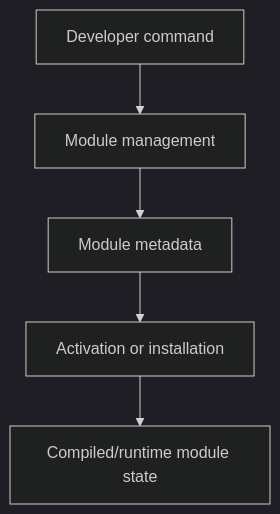
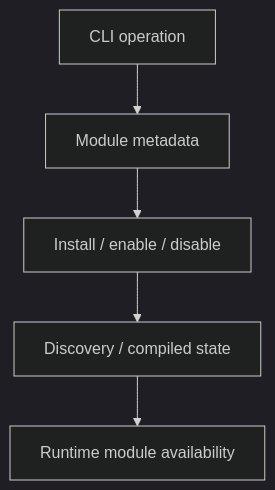
The third of 4 diagrams in documentation/handbook/19-cli-and-developer-tooling.md (shuklasp/spp), drawn with Mermaid (dark theme) before and after one commit. The commit also changed other lines of this file, not shown here.

Commit message:
docs: clarify CLI versus service architecture

````diff
--- a/documentation/handbook/19-cli-and-developer-tooling.md
+++ b/documentation/handbook/19-cli-and-developer-tooling.md
@@ -131,7 +89,7 @@
 ```mermaid
 flowchart TD
-    A[Developer command] --> B[Module management]
-    B --> C[Module metadata]
-    C --> D[Activation or installation]
-    D --> E[Compiled/runtime module state]
+    A[CLI operation] --> B[Module metadata]
+    B --> C[Install / enable / disable]
+    C --> D[Discovery / compiled state]
+    D --> E[Runtime module availability]
 ```
````
